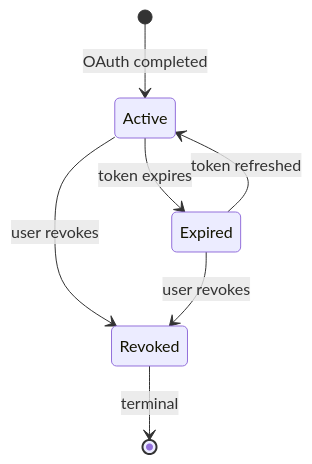
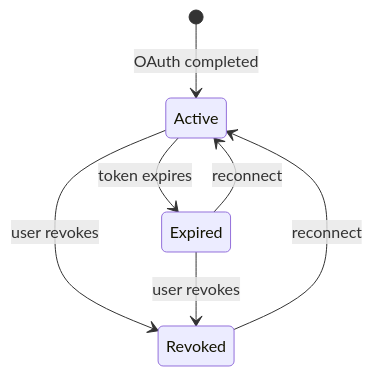
Before and after one commit to iravelmakina/syncify: the first of 2 diagrams in docs/adr/adr-004-aggregate-design.md, drawn with Mermaid. The commit also changed other lines of this file and 3 other files, not shown here.

````diff
--- a/docs/adr/adr-004-aggregate-design.md
+++ b/docs/adr/adr-004-aggregate-design.md
@@ -27,9 +27,9 @@
 ```mermaid
 stateDiagram-v2
     [*] --> Active : OAuth completed
     Active --> Expired : token expires
-    Expired --> Active : token refreshed
+    Expired --> Active : reconnect
     Active --> Revoked : user revokes
     Expired --> Revoked : user revokes
-    Revoked --> [*] : terminal
+    Revoked --> Active : reconnect
 ```
````
